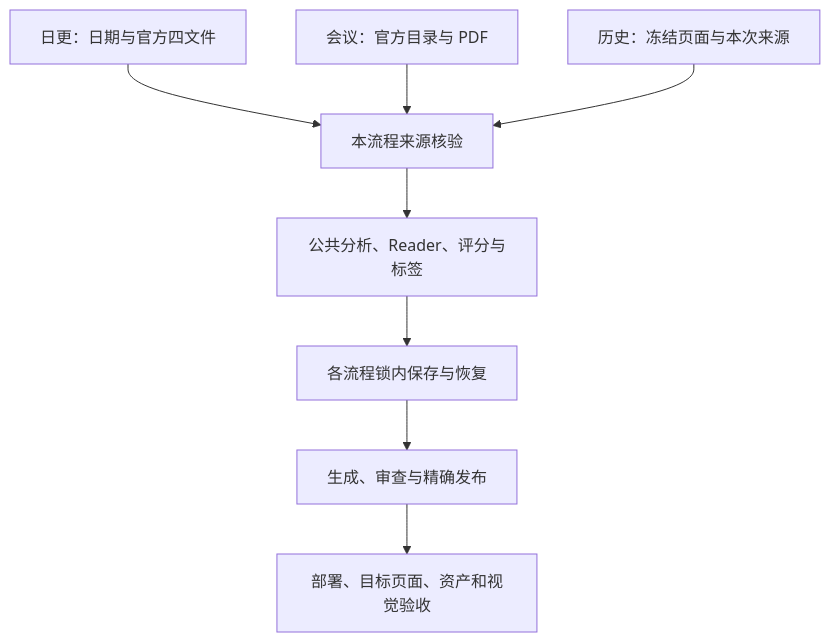
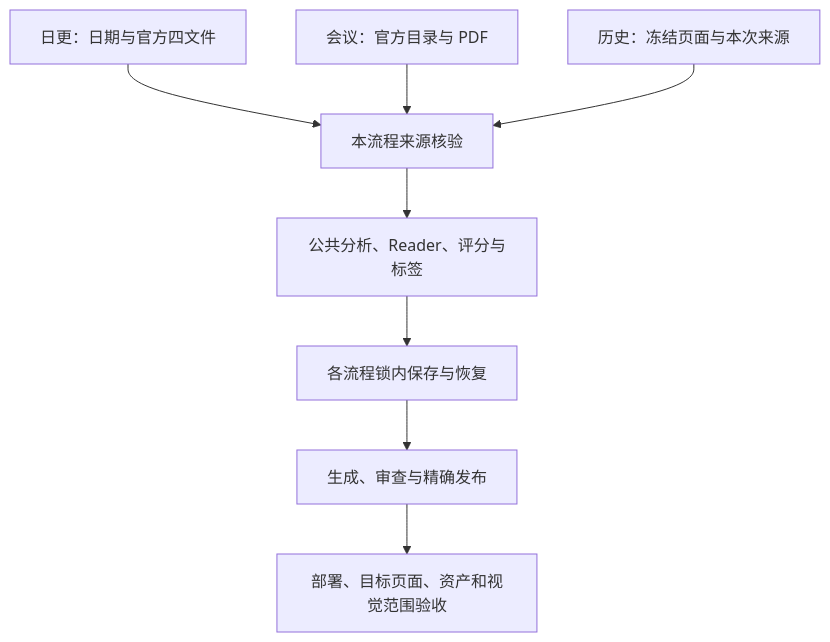
One commit to nanless/audio-paper-digest changed the diagram in docs/workflow-sharing-plan.md. Above: the diagram before and after it, drawn with Mermaid. The commit also changed other lines of this file and 60 other files, not shown here.

````diff
--- a/docs/workflow-sharing-plan.md
+++ b/docs/workflow-sharing-plan.md
@@ -7,10 +7,10 @@
 ```mermaid
 flowchart TD
     D[日更：日期与官方四文件] --> A[本流程来源核验]
     C[会议：官方目录与 PDF] --> A
     H[历史：冻结页面与本次来源] --> A
     A --> E[公共分析、Reader、评分与标签]
     E --> S[各流程锁内保存与恢复]
     S --> P[生成、审查与精确发布]
-    P --> V[部署、目标页面、资产和视觉验收]
+    P --> V[部署、目标页面、资产和视觉范围验收]
 ```
````
